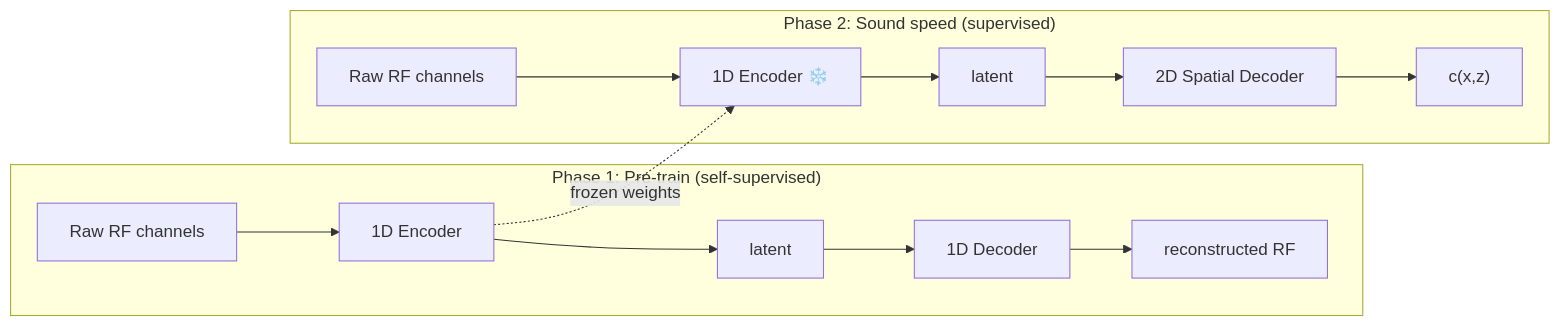
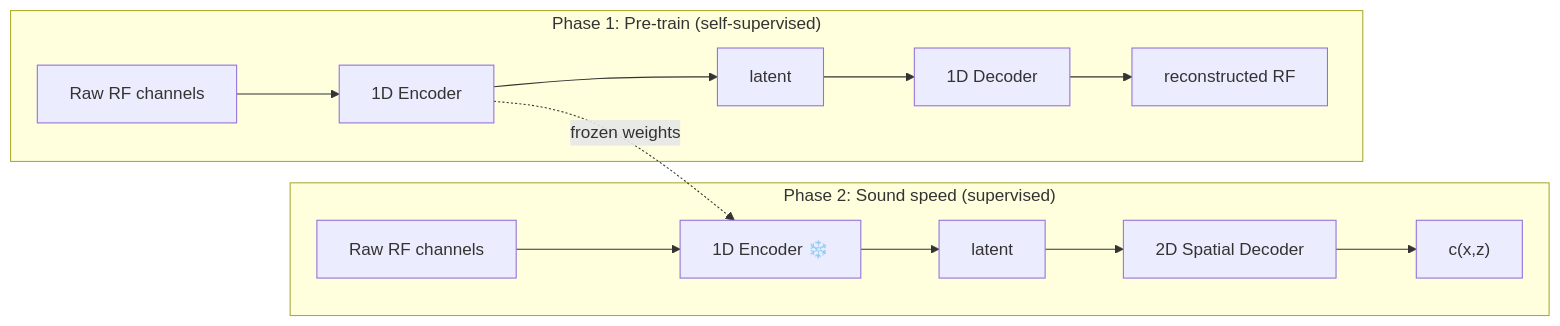
The diagram in README.md (NVIDIA-Medtech/NV-Raw2insights-US), drawn with Mermaid before and after one commit. The commit also changed other lines of this file and 1 other file, not shown here.

````diff
--- a/README.md
+++ b/README.md
@@ -9,18 +22,18 @@
 ```mermaid
 graph LR
+    subgraph "Phase 2: Sound speed (supervised)"
+        F[Raw RF channels] --> G[1D Encoder ❄️]
+        G --> H[latent]
+        H --> I[2D Spatial Decoder]
+        I --> J["c(x,z)"]
+    end
+
     subgraph "Phase 1: Pre-train (self-supervised)"
         A[Raw RF channels] --> B[1D Encoder]
         B --> C[latent]
         C --> D[1D Decoder]
         D --> E[reconstructed RF]
     end
 
-    subgraph "Phase 2: Sound speed (supervised)"
-        F[Raw RF channels] --> G[1D Encoder ❄️]
-        G --> H[latent]
-        H --> I[2D Spatial Decoder]
-        I --> J["c(x,z)"]
-    end
-
     B -. frozen weights .-> G
 ```
````
